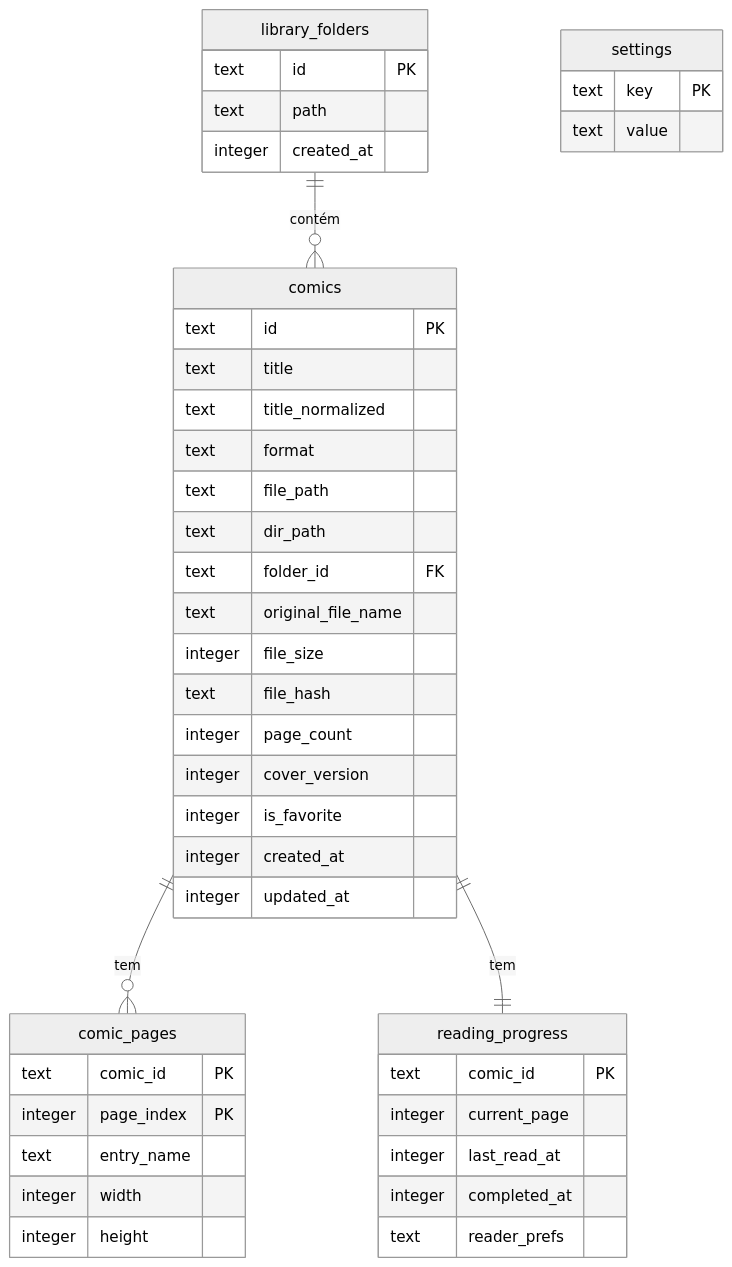
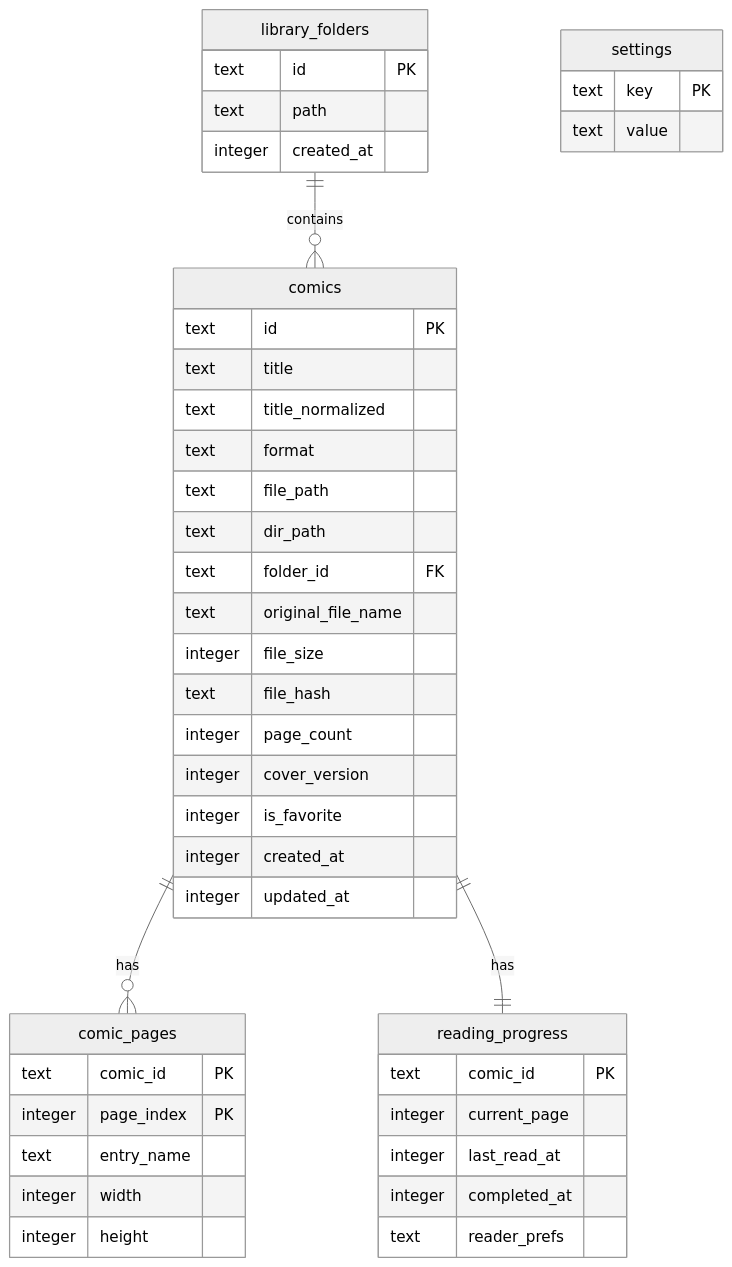
The diagram in docs/03-modelo-de-dados.md (iguinn13/comic-reader), drawn with Mermaid (neutral theme) before and after one commit. The commit also changed other lines of this file and 149 other files, not shown here.

````diff
--- a/docs/03-modelo-de-dados.md
+++ b/docs/03-modelo-de-dados.md
@@ -5,47 +5,47 @@
 ```mermaid
 erDiagram
-  library_folders ||--o{ comics : "contém"
-  comics ||--o{ comic_pages : "tem"
-  comics ||--|| reading_progress : "tem"
+  library_folders ||--o{ comics : "contains"
+  comics ||--o{ comic_pages : "has"
+  comics ||--|| reading_progress : "has"
 
   library_folders {
     text id PK
     text path
     integer created_at
   }
   comics {
     text id PK
     text title
     text title_normalized
     text format
     text file_path
     text dir_path
     text folder_id FK
     text original_file_name
     integer file_size
     text file_hash
     integer page_count
     integer cover_version
     integer is_favorite
     integer created_at
     integer updated_at
   }
   comic_pages {
     text comic_id PK
     integer page_index PK
     text entry_name
     integer width
     integer height
   }
   reading_progress {
     text comic_id PK
     integer current_page
     integer last_read_at
     integer completed_at
     text reader_prefs
   }
   settings {
     text key PK
     text value
   }
 ```
````
